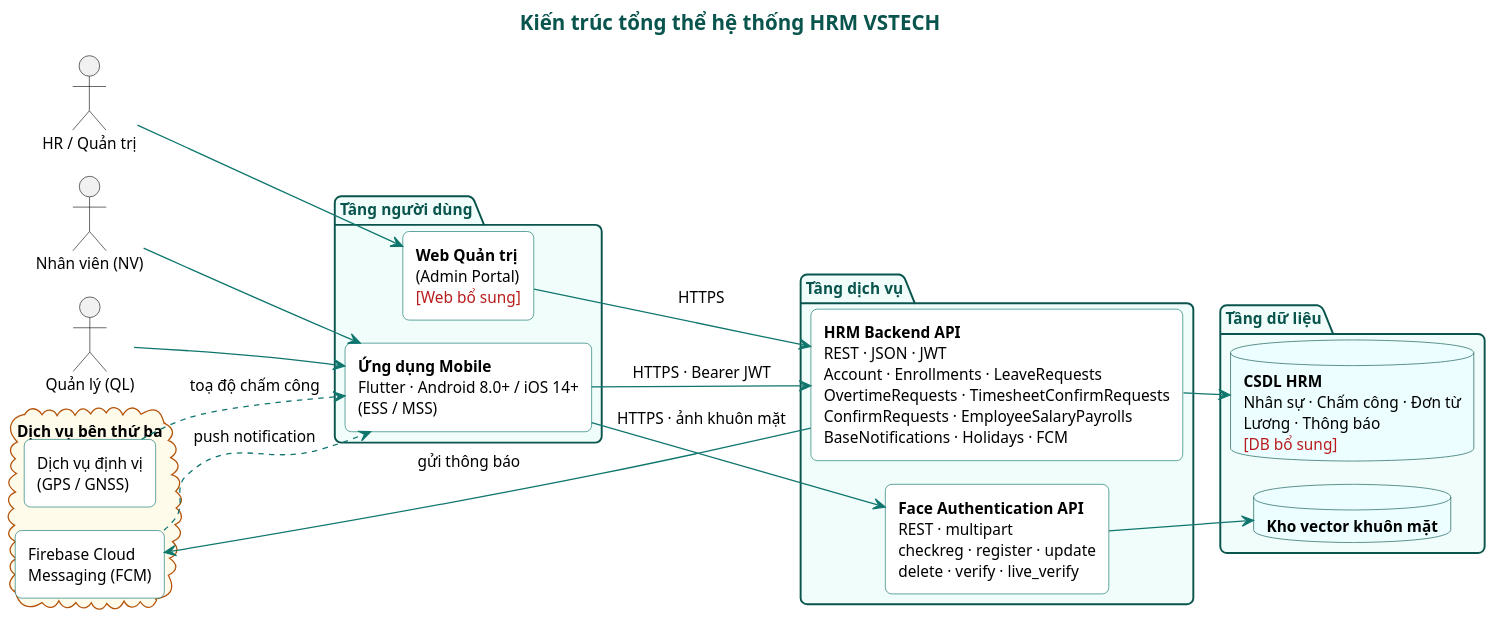
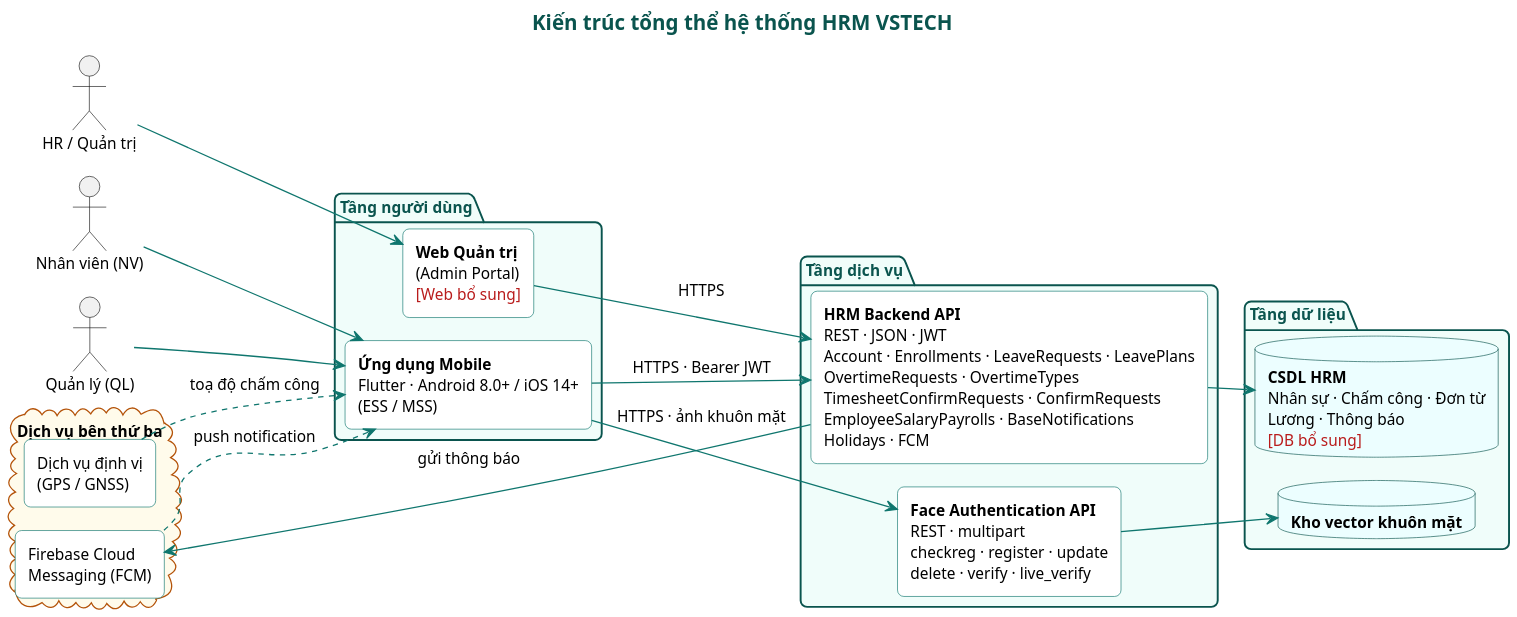
The diagram in docs/ip-registration/diagrams/src/A01_system_architecture.puml (RakiticVo/vstech-hrm), drawn with PlantUML before and after one commit. The commit also changed 316 other files, not shown here.

Commit message:
docs(ip-registration,specs): update sequence diagrams, OpenAPI specs and cleanup obsolete UI assets

```diff
--- a/docs/ip-registration/diagrams/src/A01_system_architecture.puml
+++ b/docs/ip-registration/diagrams/src/A01_system_architecture.puml
@@ -1,89 +1,89 @@
 @startuml
 
 !pragma layout smetana
 skinparam dpi 160
 skinparam defaultFontName Arial
 skinparam defaultFontSize 12
 skinparam shadowing false
 skinparam roundCorner 10
 skinparam titleFontSize 16
 skinparam titleFontStyle bold
 skinparam titleFontColor #0A544E
 skinparam ArrowColor #0F766E
 skinparam componentStyle rectangle
 skinparam rectangle {
   BorderColor #0F766E
   BackgroundColor #FFFFFF
 }
 skinparam package {
   BorderColor #0A544E
   BackgroundColor #F0FDFA
   FontColor #0A544E
 }
 skinparam node {
   BorderColor #0A544E
   BackgroundColor #F8FAFC
 }
 skinparam database {
   BorderColor #0A544E
   BackgroundColor #ECFEFF
 }
 skinparam cloud {
   BorderColor #B45309
   BackgroundColor #FFFBEB
 }
 skinparam note {
   BackgroundColor #FFF8EC
   BorderColor #F59E0B
 }
 skinparam class {
   BorderColor #0F766E
   BackgroundColor #FFFFFF
   HeaderBackgroundColor #CCFBF1
   ArrowColor #0F766E
 }
 skinparam state {
   BorderColor #0F766E
   BackgroundColor #F0FDFA
   ArrowColor #0F766E
 }
 
 
 title Kiến trúc tổng thể hệ thống HRM VSTECH
 left to right direction
 actor "Nhân viên (NV)" as NV
 actor "Quản lý (QL)" as QL
 actor "HR / Quản trị" as HR
 
 package "Tầng người dùng" {
   rectangle "<b>Ứng dụng Mobile</b>\nFlutter · Android 8.0+ / iOS 14+\n(ESS / MSS)" as MOB
   rectangle "<b>Web Quản trị</b>\n(Admin Portal)\n<color:#B91C1C>[Web bổ sung]</color>" as WEB
 }
 
 package "Tầng dịch vụ" {
-  rectangle "<b>HRM Backend API</b>\nREST · JSON · JWT\nAccount · Enrollments · LeaveRequests\nOvertimeRequests · TimesheetConfirmRequests\nConfirmRequests · EmployeeSalaryPayrolls\nBaseNotifications · Holidays · FCM" as API
+  rectangle "<b>HRM Backend API</b>\nREST · JSON · JWT\nAccount · Enrollments · LeaveRequests · LeavePlans\nOvertimeRequests · OvertimeTypes\nTimesheetConfirmRequests · ConfirmRequests\nEmployeeSalaryPayrolls · BaseNotifications\nHolidays · FCM" as API
   rectangle "<b>Face Authentication API</b>\nREST · multipart\ncheckreg · register · update\ndelete · verify · live_verify" as FACE
 }
 
 package "Tầng dữ liệu" {
   database "<b>CSDL HRM</b>\nNhân sự · Chấm công · Đơn từ\nLương · Thông báo\n<color:#B91C1C>[DB bổ sung]</color>" as DB
   database "<b>Kho vector khuôn mặt</b>" as FDB
 }
 
 cloud "Dịch vụ bên thứ ba" {
   rectangle "Firebase Cloud\nMessaging (FCM)" as FCM
   rectangle "Dịch vụ định vị\n(GPS / GNSS)" as GNSS
 }
 
 NV --> MOB
 QL --> MOB
 HR --> WEB
 MOB --> API : HTTPS · Bearer JWT
 MOB --> FACE : HTTPS · ảnh khuôn mặt
 WEB --> API : HTTPS
 API --> DB
 FACE --> FDB
 API --> FCM : gửi thông báo
 FCM ..> MOB : push notification
 GNSS ..> MOB : toạ độ chấm công
 @enduml
```
